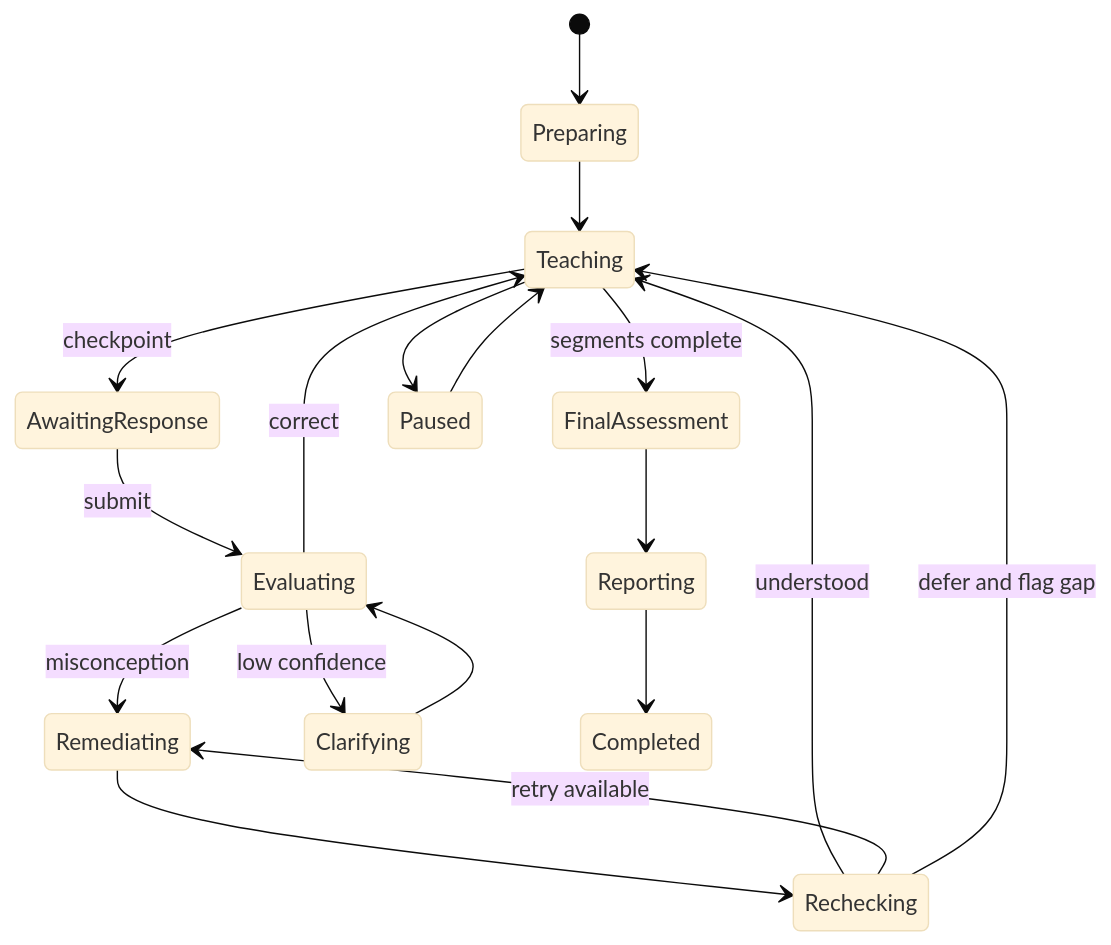
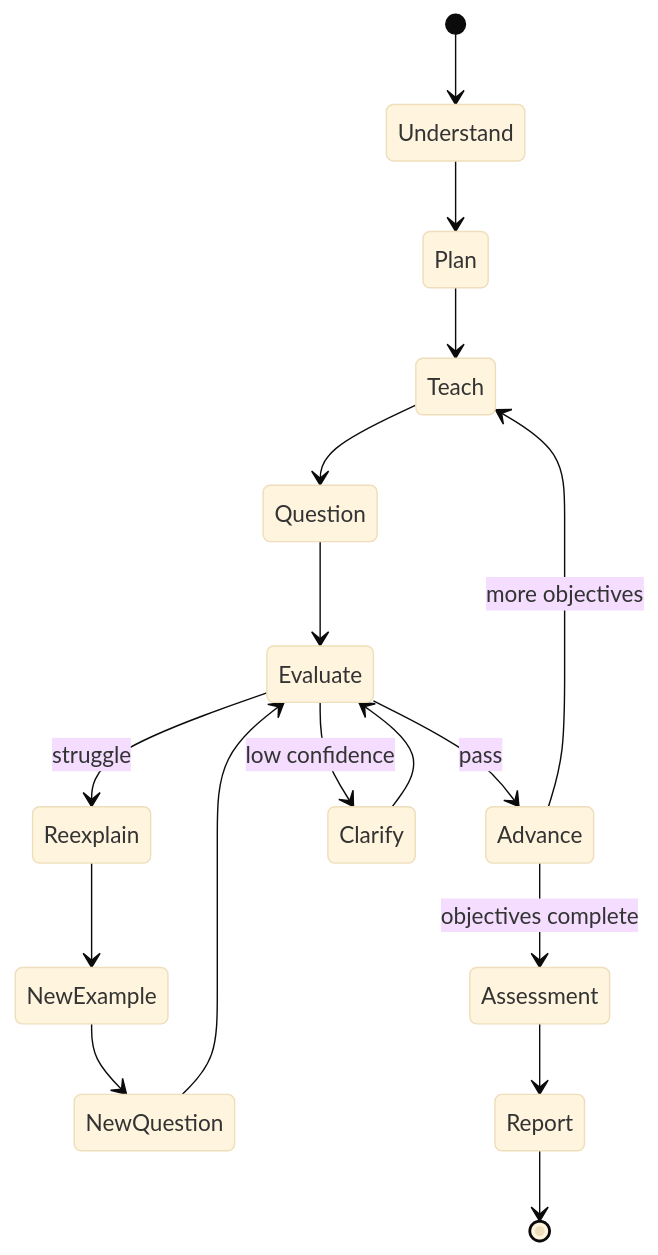
One commit to shreemaanikam/AI_Teacher changed the fourth of 4 diagrams in docs/technical/architecture.md. Above: the diagram before and after it, drawn with Mermaid (base theme). The commit also changed other lines of this file and 13 other files, not shown here.

````diff
--- a/docs/technical/architecture.md
+++ b/docs/technical/architecture.md
@@ -315,20 +110,19 @@
 ```mermaid
 stateDiagram-v2
-  [*] --> Preparing
-  Preparing --> Teaching
-  Teaching --> AwaitingResponse: checkpoint
-  AwaitingResponse --> Evaluating: submit
-  Evaluating --> Teaching: correct
-  Evaluating --> Remediating: misconception
-  Evaluating --> Clarifying: low confidence
-  Clarifying --> Evaluating
-  Remediating --> Rechecking
-  Rechecking --> Teaching: understood
-  Rechecking --> Remediating: retry available
-  Rechecking --> Teaching: defer and flag gap
-  Teaching --> FinalAssessment: segments complete
-  FinalAssessment --> Reporting
-  Reporting --> Completed
-  Teaching --> Paused
-  Paused --> Teaching
+  [*] --> Understand
+  Understand --> Plan
+  Plan --> Teach
+  Teach --> Question
+  Question --> Evaluate
+  Evaluate --> Advance: pass
+  Evaluate --> Reexplain: struggle
+  Evaluate --> Clarify: low confidence
+  Reexplain --> NewExample
+  NewExample --> NewQuestion
+  NewQuestion --> Evaluate
+  Clarify --> Evaluate
+  Advance --> Teach: more objectives
+  Advance --> Assessment: objectives complete
+  Assessment --> Report
+  Report --> [*]
 ```
````
